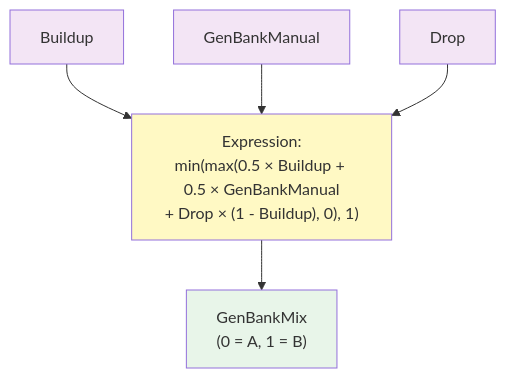
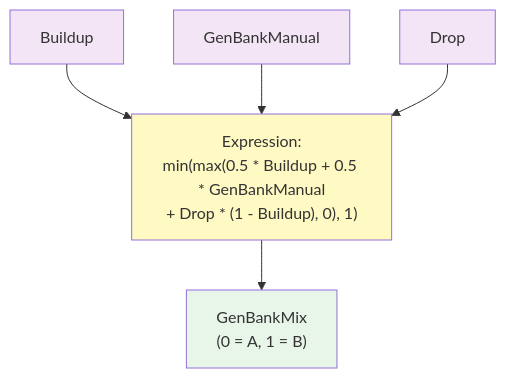
One commit to abossard/synesthesia-visuals changed diagram 11 of 19 in docs/mmv-master-pipeline-guide.md. Above: the diagram before and after it, drawn with Mermaid. The commit also changed other lines of this file, not shown here.

Commit message:
Fix symbol consistency in MMV guide diagrams

````diff
--- a/docs/mmv-master-pipeline-guide.md
+++ b/docs/mmv-master-pipeline-guide.md
@@ -562,14 +562,14 @@
 ```mermaid
 flowchart TD
-    BUILDUP_IN["Buildup"] --> EXPR_MIX["Expression:<br/>min(max(0.5 × Buildup + 0.5 × GenBankManual<br/>+ Drop × (1 - Buildup), 0), 1)"]
+    BUILDUP_IN["Buildup"] --> EXPR_MIX["Expression:<br/>min(max(0.5 * Buildup + 0.5 * GenBankManual<br/>+ Drop * (1 - Buildup), 0), 1)"]
     GENBANKMAN["GenBankManual"] --> EXPR_MIX
     DROP_IN["Drop"] --> EXPR_MIX
     
     EXPR_MIX --> GENBANKMIX["GenBankMix<br/>(0 = A, 1 = B)"]
     
     style BUILDUP_IN fill:#f3e5f5
     style GENBANKMAN fill:#f3e5f5
     style DROP_IN fill:#f3e5f5
     style EXPR_MIX fill:#fff9c4
     style GENBANKMIX fill:#e8f5e9
 ```
````
